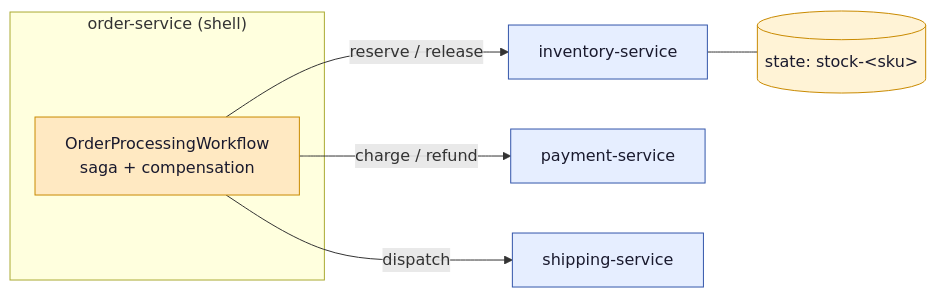
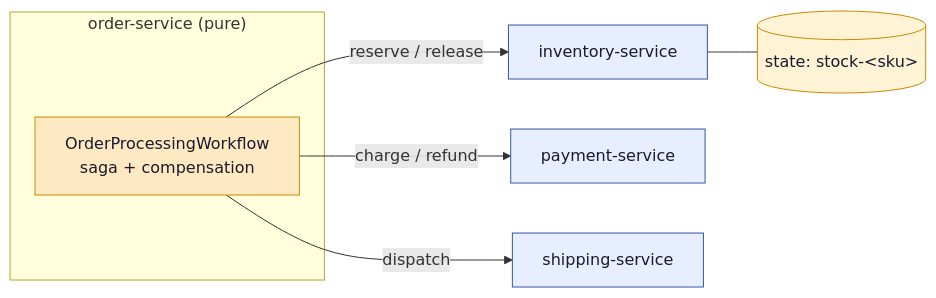
The ninth of 12 diagrams in SLIDES.md (sideeffffect/dapr4s-examples), drawn with Mermaid before and after one commit. The commit also changed other lines of this file and 2 other files, not shown here.

````diff
--- a/SLIDES.md
+++ b/SLIDES.md
@@ -971,14 +1053,14 @@
 ```mermaid
 flowchart LR
-  subgraph order["order-service (shell)"]
+  subgraph order["order-service (pure)"]
     WF["OrderProcessingWorkflow<br/>saga + compensation"]
   end
   WF -- "reserve / release" --> INV["inventory-service"]
   WF -- "charge / refund" --> PAY["payment-service"]
   WF -- "dispatch" --> SHIP["shipping-service"]
   INV --- ST[("state: stock-&lt;sku&gt;")]
   classDef svc fill:#e6eeff,stroke:#3355aa,color:#1a1a2e;
   classDef orch fill:#ffe9c2,stroke:#c98a00,color:#1a1a2e;
   classDef infra fill:#fff3d6,stroke:#c98a00,color:#1a1a2e;
   class INV,PAY,SHIP svc; class WF orch; class ST infra;
 ```
````
